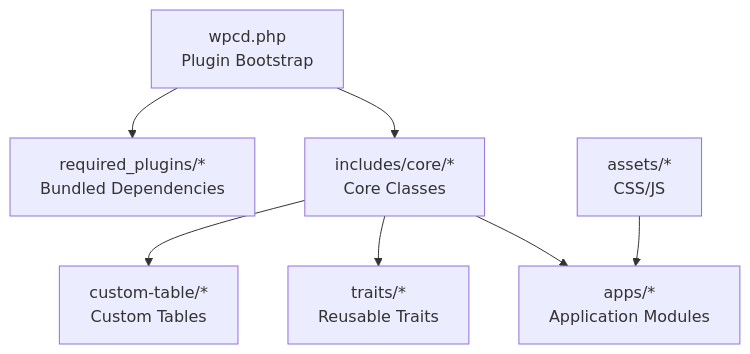
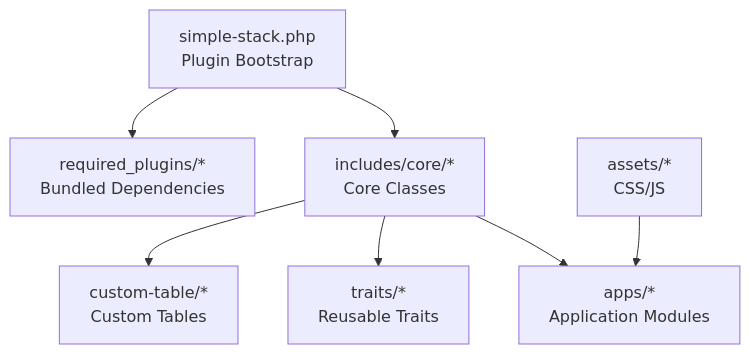
Before and after one commit to onedogsolutions/simple-stack: the first of 10 diagrams in .qoder/repowiki/en/content/Core Components/Core Components.md, drawn with Mermaid. The commit also changed other lines of this file and 5941 other files, not shown here.

First line of the commit message:
refactor(core): rebrand WPCloudDeploy to Simple Stack with new namespaces and prefixes

````diff
--- a/.qoder/repowiki/en/content/Core Components/Core Components.md
+++ b/.qoder/repowiki/en/content/Core Components/Core Components.md
@@ -45,9 +45,9 @@
 ```mermaid
 graph TB
-A["wpcd.php<br/>Plugin Bootstrap"] --> B["includes/core/*<br/>Core Classes"]
+A["simple-stack.php<br/>Plugin Bootstrap"] --> B["includes/core/*<br/>Core Classes"]
 A --> C["required_plugins/*<br/>Bundled Dependencies"]
 B --> D["apps/*<br/>Application Modules"]
 B --> E["traits/*<br/>Reusable Traits"]
 B --> F["custom-table/*<br/>Custom Tables"]
 G["assets/*<br/>CSS/JS"] --> D
 ```
````
